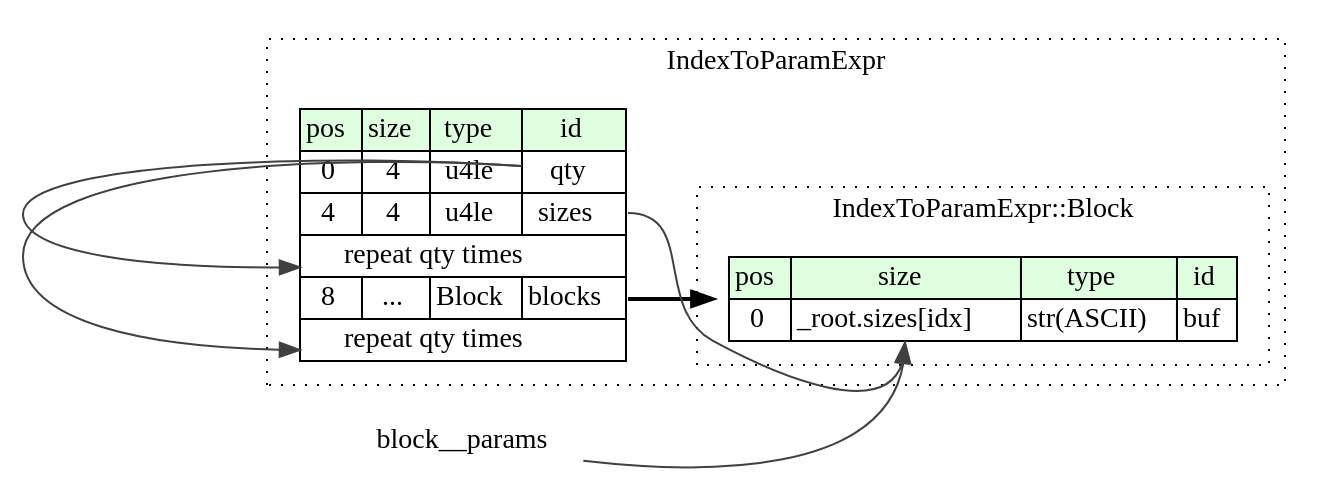
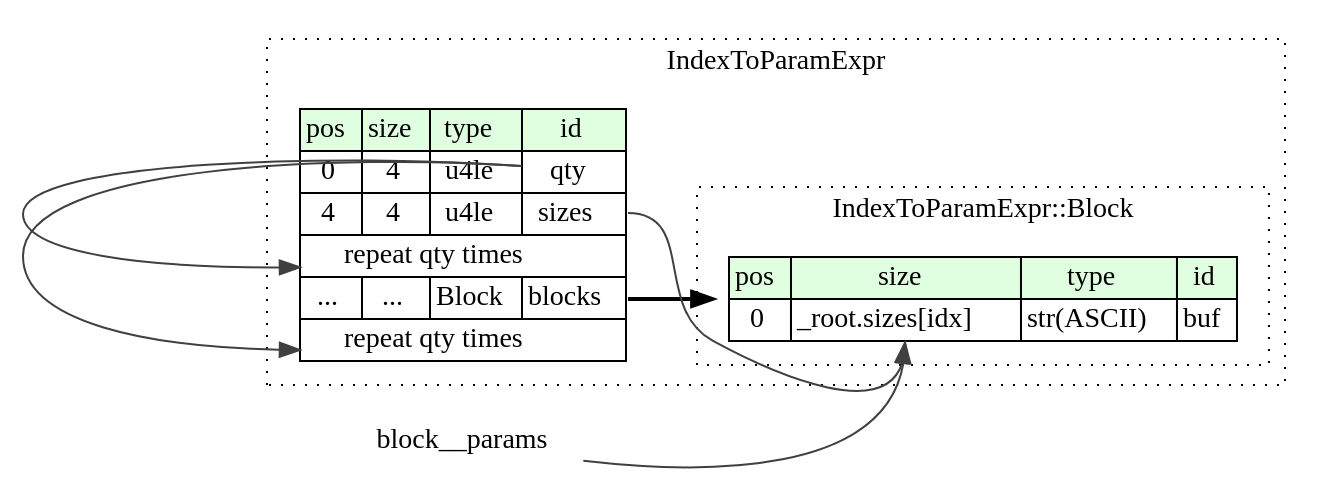
The diagram in compiled/graphviz/index_to_param_expr.dot (kaitai-io/ci_targets), drawn with Graphviz before and after one commit. The commit also changed 45 other files, not shown here.

```diff
--- a/compiled/graphviz/index_to_param_expr.dot
+++ b/compiled/graphviz/index_to_param_expr.dot
@@ -1,31 +1,31 @@
 digraph {
 	rankdir=LR;
 	node [shape=plaintext];
 	subgraph cluster__index_to_param_expr {
 		label="IndexToParamExpr";
 		graph[style=dotted];
 
 		index_to_param_expr__seq [label=<<TABLE BORDER="0" CELLBORDER="1" CELLSPACING="0">
 			<TR><TD BGCOLOR="#E0FFE0">pos</TD><TD BGCOLOR="#E0FFE0">size</TD><TD BGCOLOR="#E0FFE0">type</TD><TD BGCOLOR="#E0FFE0">id</TD></TR>
 			<TR><TD PORT="qty_pos">0</TD><TD PORT="qty_size">4</TD><TD>u4le</TD><TD PORT="qty_type">qty</TD></TR>
 			<TR><TD PORT="sizes_pos">4</TD><TD PORT="sizes_size">4</TD><TD>u4le</TD><TD PORT="sizes_type">sizes</TD></TR>
 			<TR><TD COLSPAN="4" PORT="sizes__repeat">repeat qty times</TD></TR>
-			<TR><TD PORT="blocks_pos">8</TD><TD PORT="blocks_size">...</TD><TD>Block</TD><TD PORT="blocks_type">blocks</TD></TR>
+			<TR><TD PORT="blocks_pos">...</TD><TD PORT="blocks_size">...</TD><TD>Block</TD><TD PORT="blocks_type">blocks</TD></TR>
 			<TR><TD COLSPAN="4" PORT="blocks__repeat">repeat qty times</TD></TR>
 		</TABLE>>];
 		subgraph cluster__block {
 			label="IndexToParamExpr::Block";
 			graph[style=dotted];
 
 			block__seq [label=<<TABLE BORDER="0" CELLBORDER="1" CELLSPACING="0">
 				<TR><TD BGCOLOR="#E0FFE0">pos</TD><TD BGCOLOR="#E0FFE0">size</TD><TD BGCOLOR="#E0FFE0">type</TD><TD BGCOLOR="#E0FFE0">id</TD></TR>
 				<TR><TD PORT="buf_pos">0</TD><TD PORT="buf_size">_root.sizes[idx]</TD><TD>str(ASCII)</TD><TD PORT="buf_type">buf</TD></TR>
 			</TABLE>>];
 		}
 	}
 	index_to_param_expr__seq:qty_type -> index_to_param_expr__seq:sizes__repeat [color="#404040"];
 	index_to_param_expr__seq:blocks_type -> block__seq [style=bold];
 	index_to_param_expr__seq:qty_type -> index_to_param_expr__seq:blocks__repeat [color="#404040"];
 	index_to_param_expr__seq:sizes_type -> block__seq:buf_size [color="#404040"];
 	block__params:idx_type -> block__seq:buf_size [color="#404040"];
 }
```
